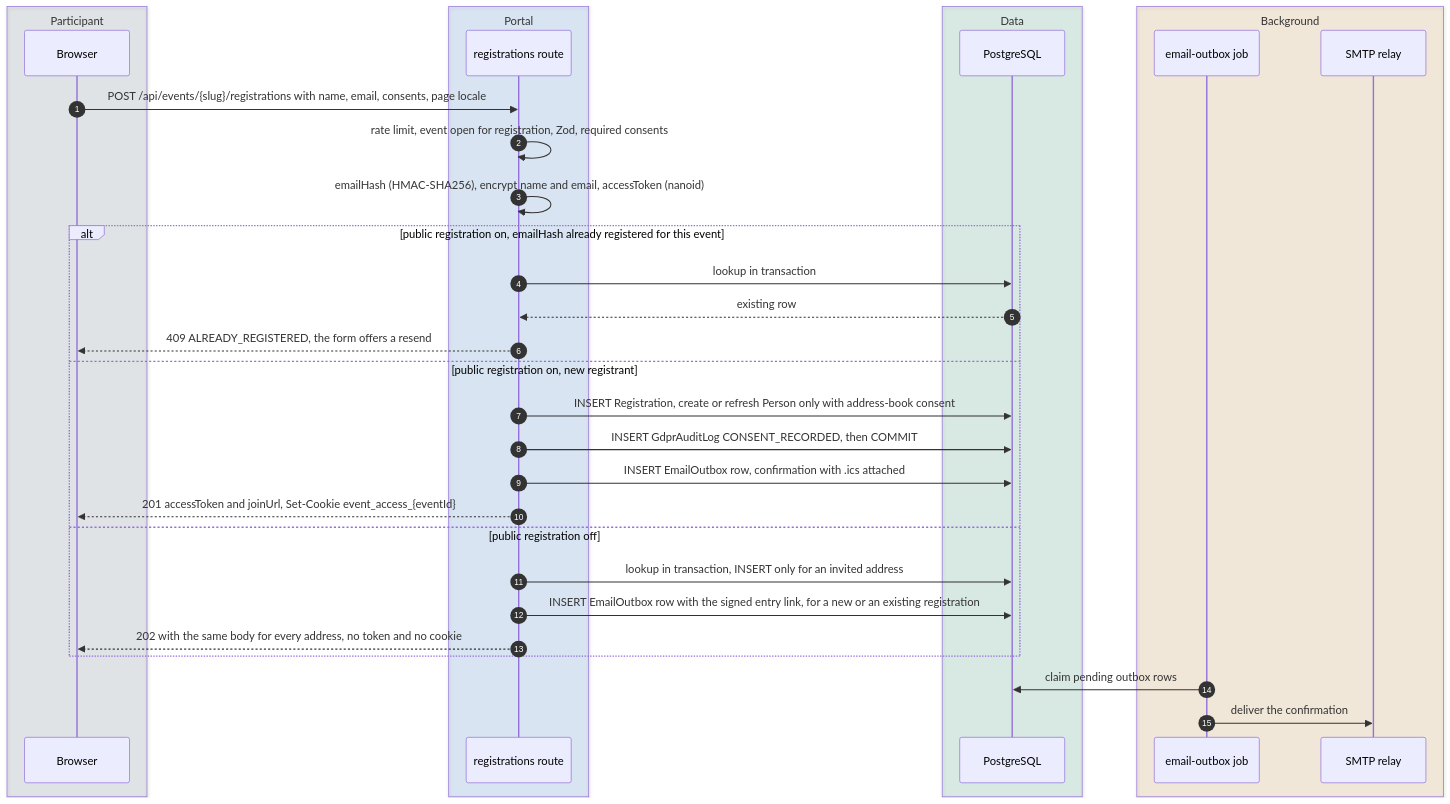
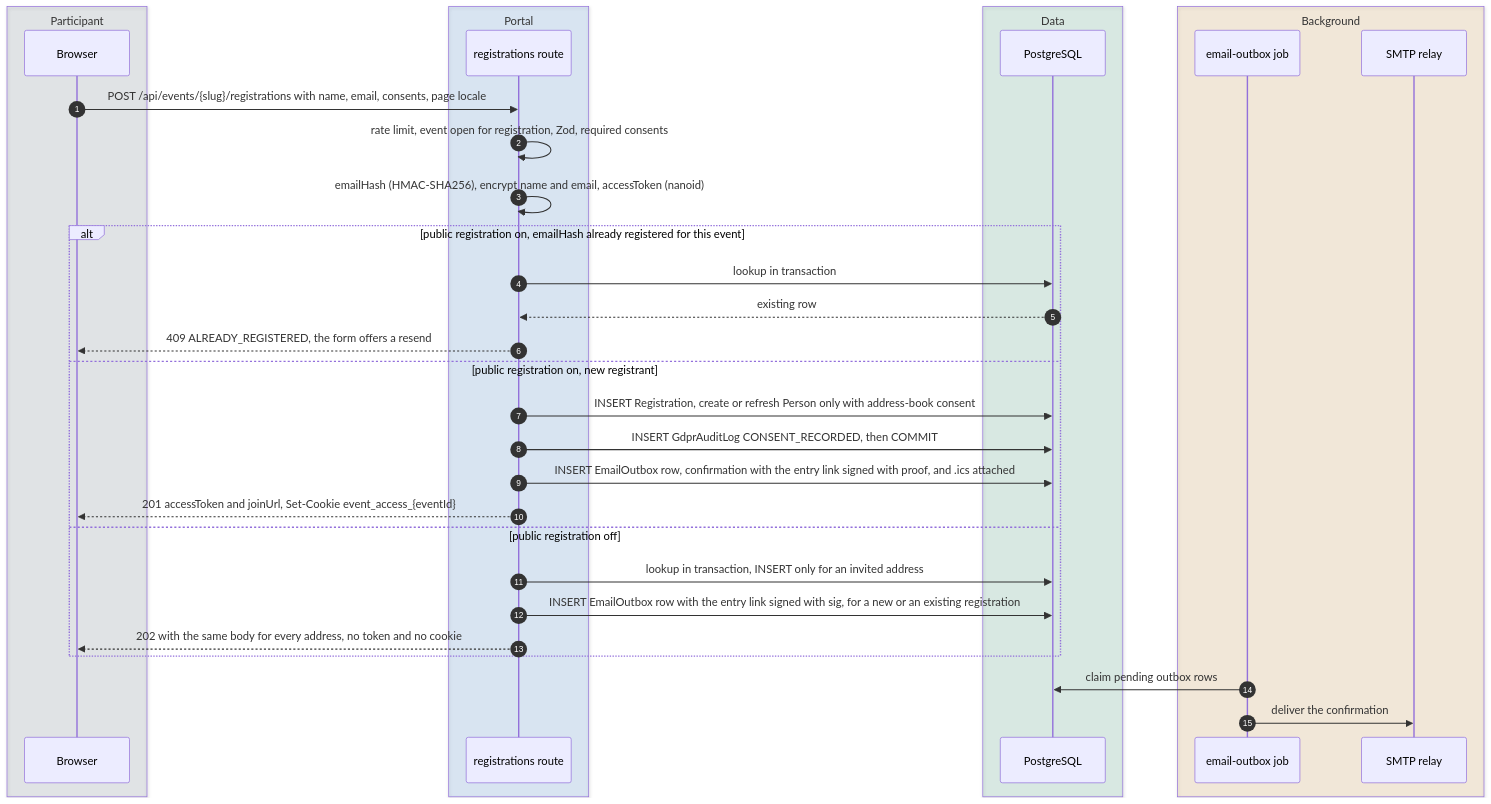
Before and after one commit to italia/pa-webinar: the third of 3 diagrams in docs/architecture/event-journey.md, drawn with Mermaid. The commit also changed other lines of this file and 23 other files, not shown here.

````diff
--- a/docs/architecture/event-journey.md
+++ b/docs/architecture/event-journey.md
@@ -257,36 +257,36 @@
 ```mermaid
 sequenceDiagram
   autonumber
   box rgba(92,111,130,0.14) Participant
     participant B as Browser
   end
   box rgba(0,102,204,0.12) Portal
     participant R as registrations route
   end
   box rgba(0,128,85,0.12) Data
     participant DB as PostgreSQL
   end
   box rgba(204,122,0,0.12) Background
     participant J as email-outbox job
     participant M as SMTP relay
   end
   B->>R: POST /api/events/{slug}/registrations with name, email, consents, page locale
   R->>R: rate limit, event open for registration, Zod, required consents
   R->>R: emailHash (HMAC-SHA256), encrypt name and email, accessToken (nanoid)
   alt public registration on, emailHash already registered for this event
     R->>DB: lookup in transaction
     DB-->>R: existing row
     R-->>B: 409 ALREADY_REGISTERED, the form offers a resend
   else public registration on, new registrant
     R->>DB: INSERT Registration, create or refresh Person only with address-book consent
     R->>DB: INSERT GdprAuditLog CONSENT_RECORDED, then COMMIT
-    R->>DB: INSERT EmailOutbox row, confirmation with .ics attached
+    R->>DB: INSERT EmailOutbox row, confirmation with the entry link signed with proof, and .ics attached
     R-->>B: 201 accessToken and joinUrl, Set-Cookie event_access_{eventId}
   else public registration off
     R->>DB: lookup in transaction, INSERT only for an invited address
-    R->>DB: INSERT EmailOutbox row with the signed entry link, for a new or an existing registration
+    R->>DB: INSERT EmailOutbox row with the entry link signed with sig, for a new or an existing registration
     R-->>B: 202 with the same body for every address, no token and no cookie
   end
   J->>DB: claim pending outbox rows
   J->>M: deliver the confirmation
 ```
````
